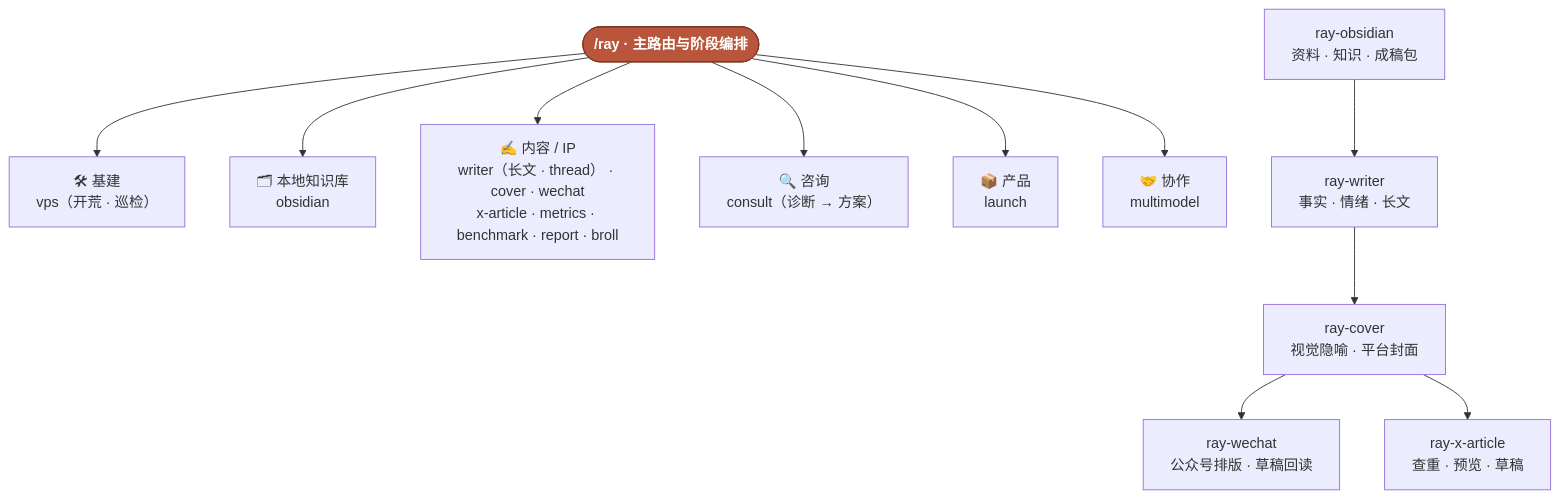
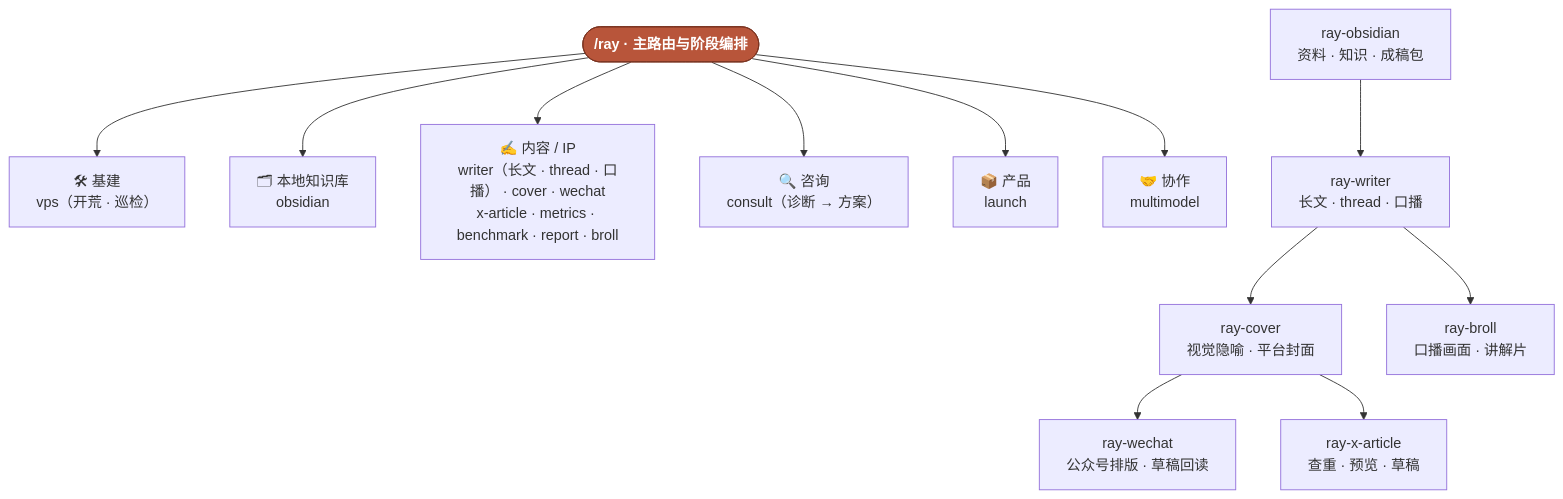
One commit to imraywang/rayskills changed the diagram in README.md. Above: the diagram before and after it, drawn with Mermaid. The commit also changed other lines of this file and 31 other files, not shown here.

````diff
--- a/README.md
+++ b/README.md
@@ -65,18 +71,19 @@
 ```mermaid
 flowchart TD
     RAY(["/ray · 主路由与阶段编排"]):::hub
 
     RAY --> INFRA["🛠 基建<br/>vps（开荒 · 巡检）"]
     RAY --> KNOWLEDGE["🗂 本地知识库<br/>obsidian"]
-    RAY --> CONTENT["✍️ 内容 / IP<br/>writer（长文 · thread） · cover · wechat<br/>x-article · metrics · benchmark · report · broll"]
+    RAY --> CONTENT["✍️ 内容 / IP<br/>writer（长文 · thread · 口播） · cover · wechat<br/>x-article · metrics · benchmark · report · broll"]
     RAY --> CONSULT["🔍 咨询<br/>consult（诊断 → 方案）"]
     RAY --> PRODUCT["📦 产品<br/>launch"]
     RAY --> COLLAB["🤝 协作<br/>multimodel"]
 
-    OBSIDIAN["ray-obsidian<br/>资料 · 知识 · 成稿包"] --> WRITER["ray-writer<br/>事实 · 情绪 · 长文"]
+    OBSIDIAN["ray-obsidian<br/>资料 · 知识 · 成稿包"] --> WRITER["ray-writer<br/>长文 · thread · 口播"]
     WRITER --> COVER["ray-cover<br/>视觉隐喻 · 平台封面"]
+    WRITER --> BROLL["ray-broll<br/>口播画面 · 讲解片"]
     COVER --> WECHAT["ray-wechat<br/>公众号排版 · 草稿回读"]
     COVER --> XARTICLE["ray-x-article<br/>查重 · 预览 · 草稿"]
 
     classDef hub fill:#b8553a,stroke:#7a3320,color:#fff,font-weight:bold;
 ```
````
